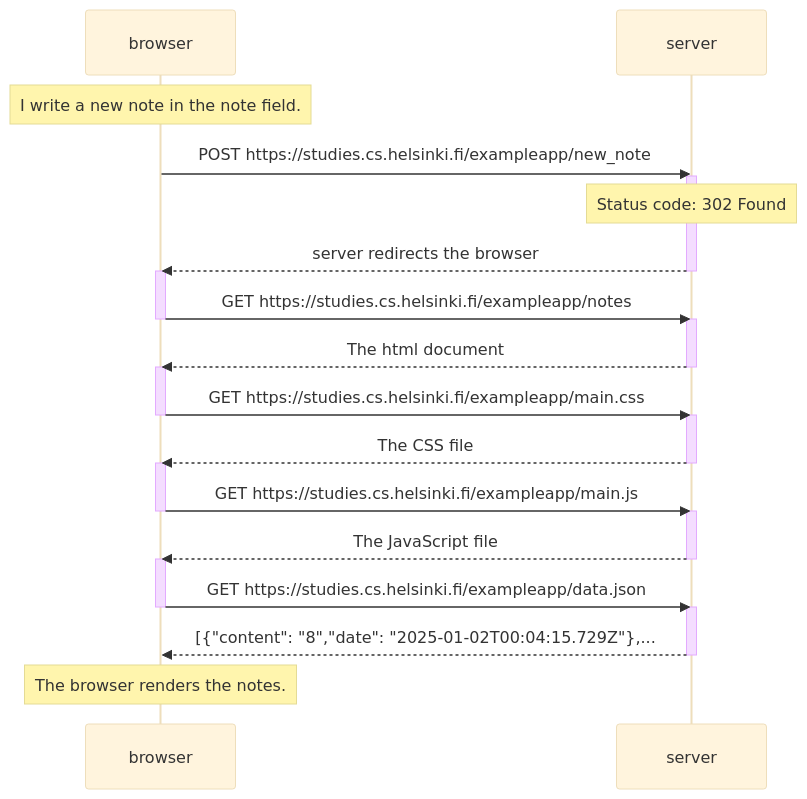
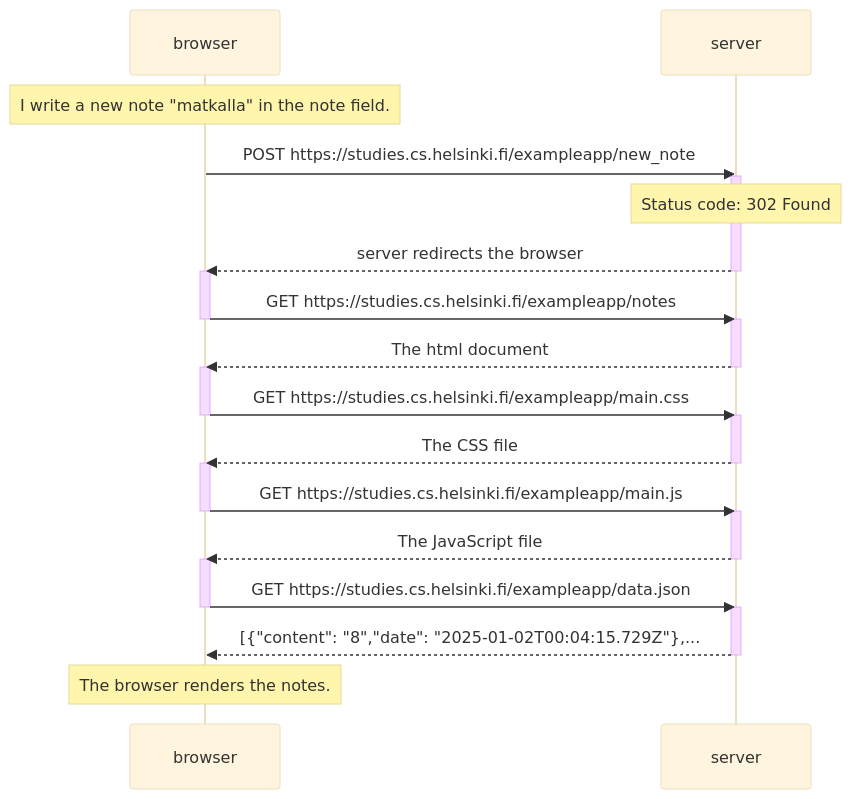
The diagram in osa0/sequencechart.md (TegelVee/Fullstack_exerciserepo), drawn with Mermaid (base theme) before and after one commit.

````diff
--- a/osa0/sequencechart.md
+++ b/osa0/sequencechart.md
@@ -3,42 +3,42 @@
 ```mermaid
 sequenceDiagram
   participant browser
   participant server
-  Note over browser: I write a new note in the note field.
+  Note over browser: I write a new note "matkalla" in the note field.
   browser->>server: POST https://studies.cs.helsinki.fi/exampleapp/new_note
   activate server
   Note over server: Status code: 302 Found
   server-->>browser: server redirects the browser
   deactivate server
   
   activate browser
   browser->>server: GET https://studies.cs.helsinki.fi/exampleapp/notes
   deactivate browser
   activate server
   server-->>browser: The html document
   deactivate server
 
   activate browser
   browser->>server: GET https://studies.cs.helsinki.fi/exampleapp/main.css
   deactivate browser
   activate server
   server-->>browser: The CSS file
   deactivate server
 
   activate browser
   browser->>server: GET https://studies.cs.helsinki.fi/exampleapp/main.js
   deactivate browser
   activate server
   server-->>browser: The JavaScript file
   deactivate server
 
   activate browser
   browser->>server: GET https://studies.cs.helsinki.fi/exampleapp/data.json
   deactivate browser
   activate server
   server-->>browser: [{"content": "8","date": "2025-01-02T00:04:15.729Z"},...
   deactivate server
   activate browser
   Note over browser: The browser renders the notes.
 
 ```
````
